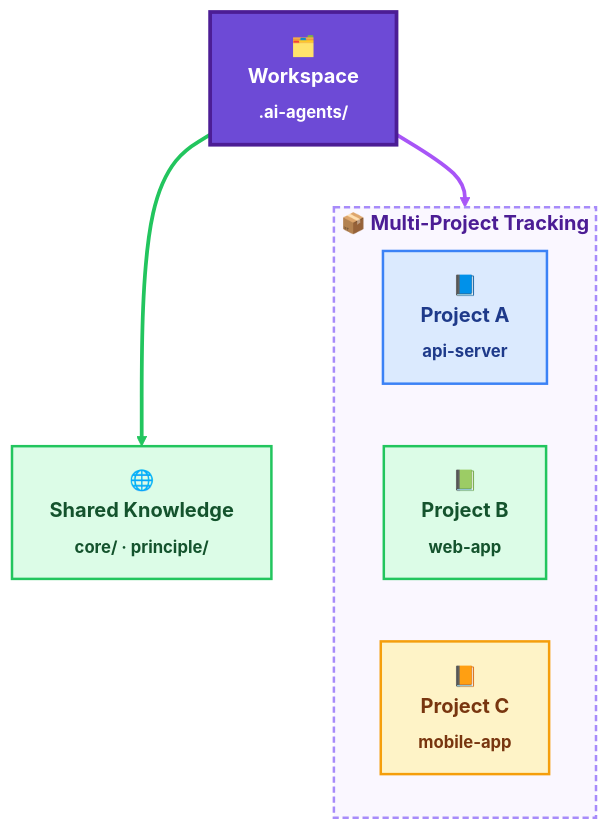
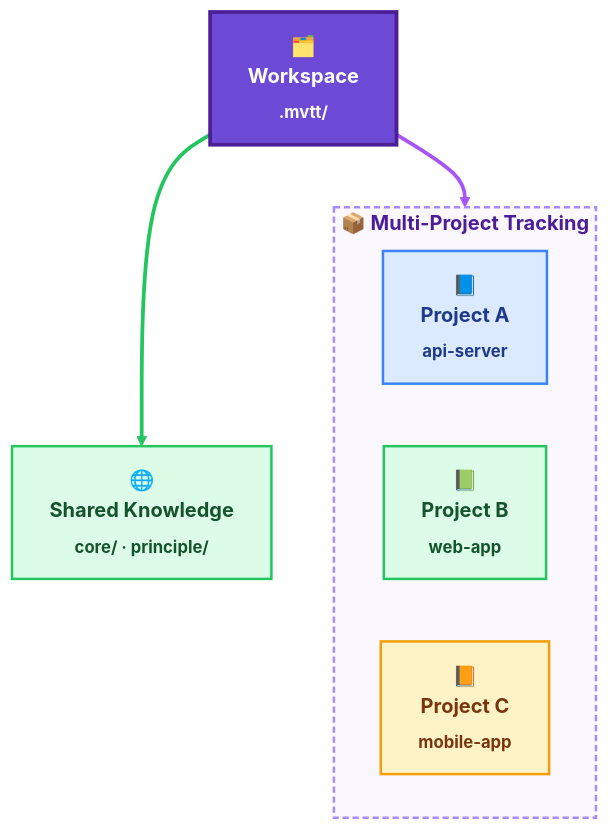
One commit to uoyoCsharp/My-Virtual-TechTeam changed the third of 5 diagrams in README.md. Above: the diagram before and after it, drawn with Mermaid. The commit also changed other lines of this file and 204 other files, not shown here.

````diff
--- a/README.md
+++ b/README.md
@@ -153,27 +153,27 @@
 ```mermaid
 flowchart TB
-    repo["🗂️<br/><b>Workspace</b><br/><sub>.ai-agents/</sub>"]
+    repo["🗂️<br/><b>Workspace</b><br/><sub>.mvtt/</sub>"]
 
     subgraph projects ["<b>📦 Multi-Project Tracking</b>"]
         direction LR
         p1["📘<br/><b>Project A</b><br/><sub>api-server</sub>"]
         p2["📗<br/><b>Project B</b><br/><sub>web-app</sub>"]
         p3["📙<br/><b>Project C</b><br/><sub>mobile-app</sub>"]
     end
 
     shared["🌐<br/><b>Shared Knowledge</b><br/><sub>core/ · principle/</sub>"]
 
     repo ==> projects
     repo ==> shared
 
     style repo fill:#6d4ad6,stroke:#4c1d95,stroke-width:3px,color:#ffffff,font-weight:bold,font-size:16px
     style projects fill:#faf7ff,stroke:#a78bfa,stroke-width:2px,stroke-dasharray:5 3,color:#4c1d95
     style shared fill:#dcfce7,stroke:#22c55e,stroke-width:2px,color:#14532d,font-weight:bold
 
     style p1 fill:#dbeafe,stroke:#3b82f6,stroke-width:2px,color:#1e3a8a,font-weight:bold
     style p2 fill:#dcfce7,stroke:#22c55e,stroke-width:2px,color:#14532d,font-weight:bold
     style p3 fill:#fef3c7,stroke:#f59e0b,stroke-width:2px,color:#78350f,font-weight:bold
 
     linkStyle 0 stroke:#a855f7,stroke-width:3px
     linkStyle 1 stroke:#22c55e,stroke-width:3px
 ```
````
